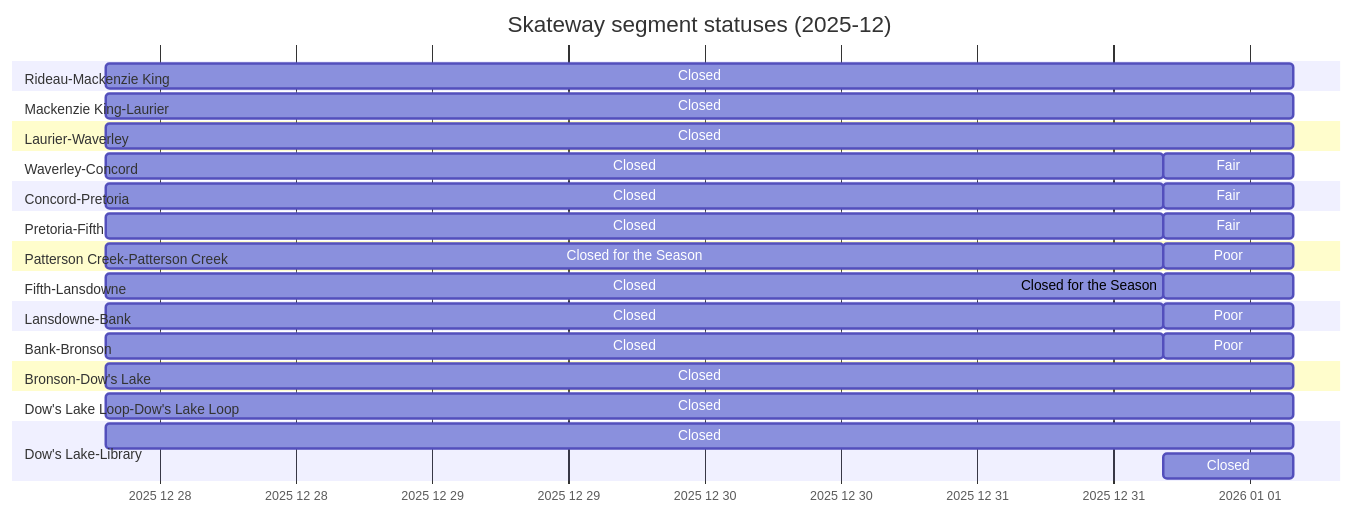
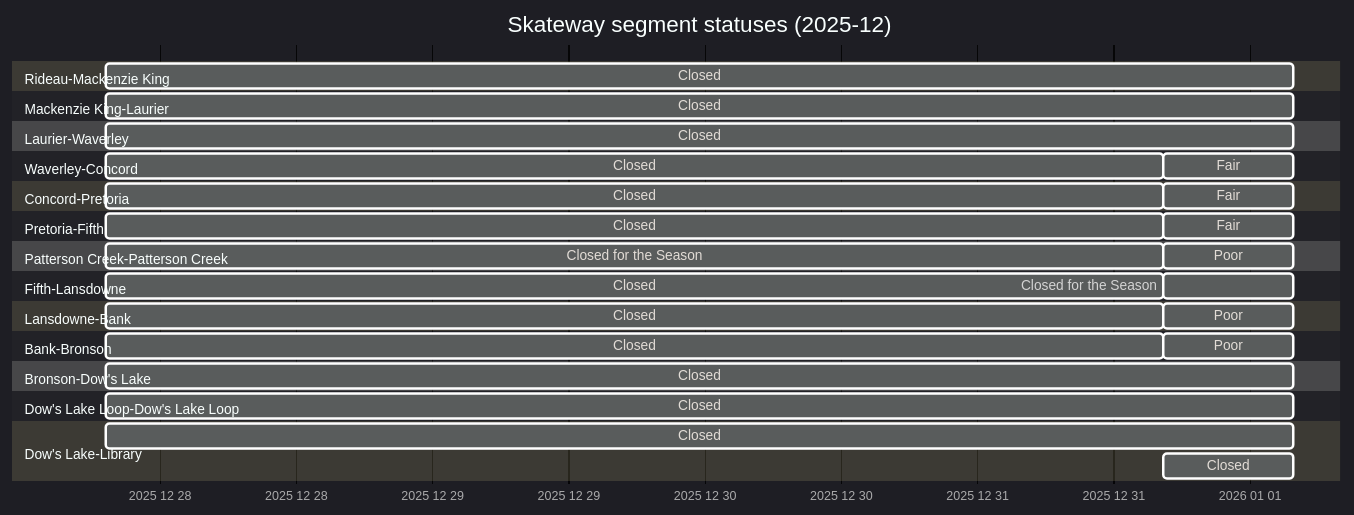
The diagram in _posts/2025-12-31-Skateway-Reactivated.md (PatLittle/PatLittle.github.io), drawn with Mermaid before and after one commit.

Commit message:
Add dark theme configuration to Skateway post

````diff
--- a/_posts/2025-12-31-Skateway-Reactivated.md
+++ b/_posts/2025-12-31-Skateway-Reactivated.md
@@ -17,51 +17,52 @@
 ```mermaid
 ---
 topAxis: true
 displayMode: compact
 config:
+  theme: 'dark'
   themeCSS: " #vg { fill: Green } #g {fill: yellow} #f {fill: orange} #p {fill: red}      \n
 #c {fill: Black} #cs {fill: Black} #sc {fill: White} #wo {fill: saddlebrown} \n
             text[id^=cs] { fill: red; } text[id^=sc] { fill: red; }
         "
 ---
 
 gantt
   title Skateway segment statuses (2025-12)
   dateFormat  YYYY-MM-DD HH:mm:ss
   axisFormat  %Y %m %d
   section Rideau-Mackenzie King
   Closed: c, 2025-12-27 19:17:23, 2026-01-01 03:54:16
   section Mackenzie King-Laurier
   Closed: c, 2025-12-27 19:17:23, 2026-01-01 03:54:16
   section Laurier-Waverley
   Closed: c, 2025-12-27 19:17:23, 2026-01-01 03:54:16
   section Waverley-Concord
   Closed: c, 2025-12-27 19:17:23, 2025-12-31 16:28:10
   Fair: f, 2025-12-31 16:28:10, 2026-01-01 03:54:16
   section Concord-Pretoria
   Closed: c, 2025-12-27 19:17:23, 2025-12-31 16:28:10
   Fair: f, 2025-12-31 16:28:10, 2026-01-01 03:54:16
   section Pretoria-Fifth
   Closed: c, 2025-12-27 19:17:23, 2025-12-31 16:28:10
   Fair: f, 2025-12-31 16:28:10, 2026-01-01 03:54:16
   section Patterson Creek-Patterson Creek
   Closed for the Season: cs, 2025-12-27 19:17:23, 2025-12-31 16:28:10
   Poor: p, 2025-12-31 16:28:10, 2026-01-01 03:54:16
   section Fifth-Lansdowne
   Closed: c, 2025-12-27 19:17:23, 2025-12-31 16:28:10
   Closed for the Season: cs, 2025-12-31 16:28:10, 2026-01-01 03:54:16
   section Lansdowne-Bank
   Closed: c, 2025-12-27 19:17:23, 2025-12-31 16:28:10
   Poor: p, 2025-12-31 16:28:10, 2026-01-01 03:54:16
   section Bank-Bronson
   Closed: c, 2025-12-27 19:17:23, 2025-12-31 16:28:10
   Poor: p, 2025-12-31 16:28:10, 2026-01-01 03:54:16
   section Bronson-Dow's Lake
   Closed: c, 2025-12-27 19:17:23, 2026-01-01 03:54:16
   section Dow's Lake Loop-Dow's Lake Loop
   Closed: c, 2025-12-27 19:17:23, 2026-01-01 03:54:16
   section Dow's Lake-Library
   Closed: c, 2025-12-27 19:17:23, 2026-01-01 03:54:16
   section Dow's Lake-Library
   Closed: c, 2025-12-31 16:28:10, 2026-01-01 03:54:16
 ```
````
